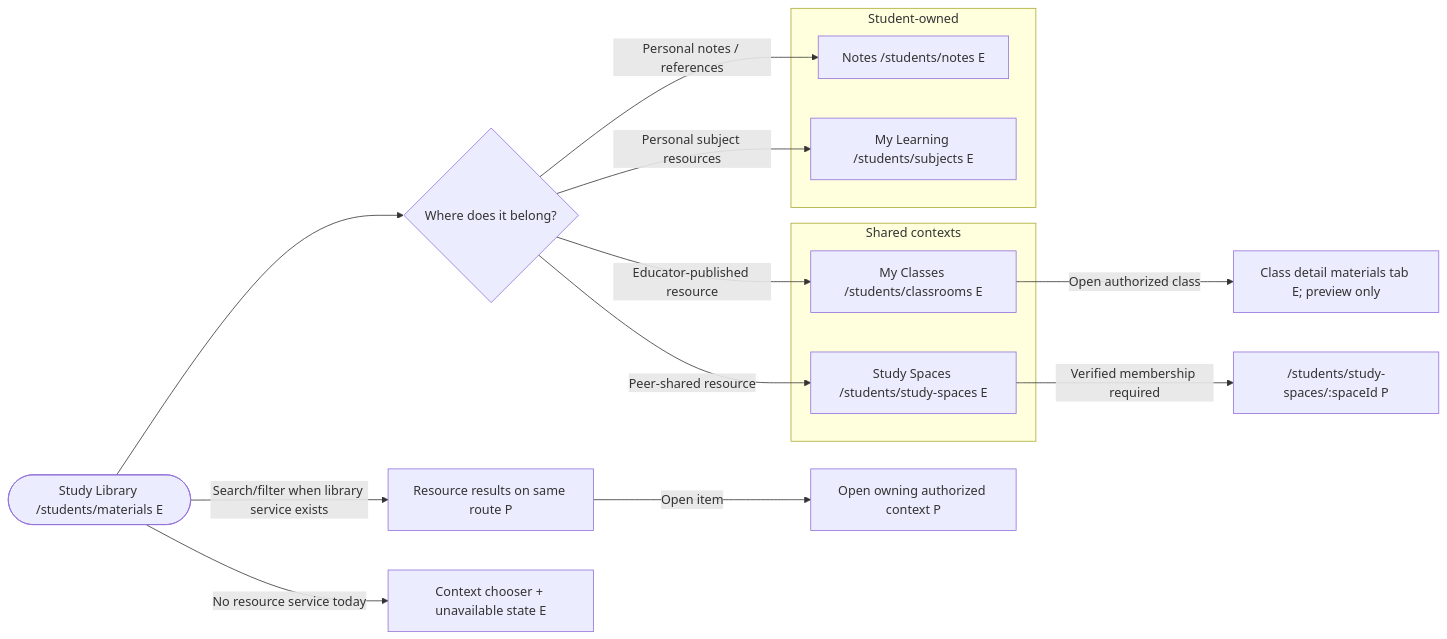
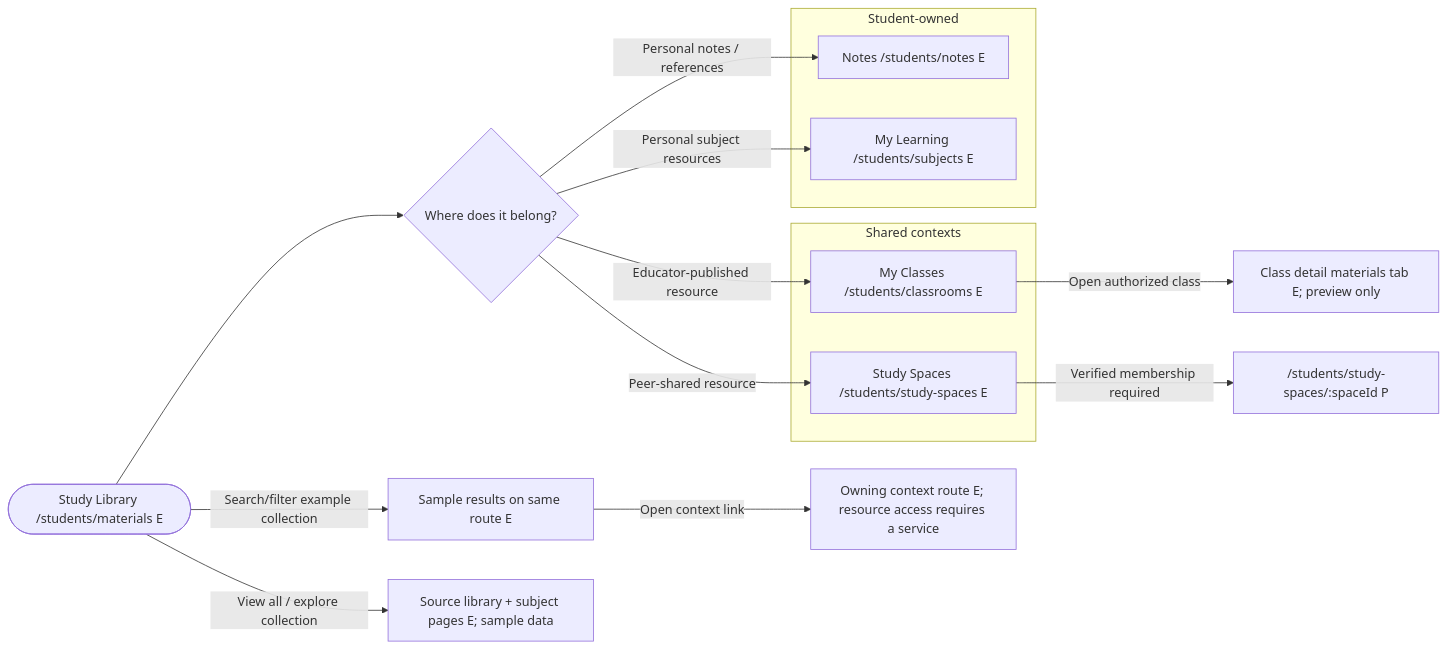
Before and after one commit to devCarlJoseph/owlio-app: the fourth of 14 diagrams in OWLIO_STUDENT__WORKFLOW_PLAN.md, drawn with Mermaid. The commit also changed other lines of this file and 6 other files, not shown here.

````diff
--- a/OWLIO_STUDENT__WORKFLOW_PLAN.md
+++ b/OWLIO_STUDENT__WORKFLOW_PLAN.md
@@ -408,21 +410,21 @@
 ```mermaid
 flowchart LR
   LIB(["Study Library /students/materials E"]) --> SRC{"Where does it belong?"}
   subgraph PERSONAL["Student-owned"]
     NOTES["Notes /students/notes E"]
     SUBJECT["My Learning /students/subjects E"]
   end
   subgraph SHARED["Shared contexts"]
     CLASS["My Classes /students/classrooms E"]
     SPACE["Study Spaces /students/study-spaces E"]
   end
   SRC -->|"Personal notes / references"| NOTES
   SRC -->|"Personal subject resources"| SUBJECT
   SRC -->|"Educator-published resource"| CLASS
   CLASS -->|"Open authorized class"| CLASS_MAT["Class detail materials tab E; preview only"]
   SRC -->|"Peer-shared resource"| SPACE
   SPACE -->|"Verified membership required"| SPACE_DETAIL["/students/study-spaces/:spaceId P"]
-  LIB -->|"Search/filter when library service exists"| RESULTS["Resource results on same route P"]
-  RESULTS -->|"Open item"| OWNER["Open owning authorized context P"]
-  LIB -->|"No resource service today"| EMPTY["Context chooser + unavailable state E"]
+  LIB -->|"Search/filter example collection"| RESULTS["Sample results on same route E"]
+  RESULTS -->|"Open context link"| OWNER["Owning context route E; resource access requires a service"]
+  LIB -->|"View all / explore collection"| SOURCE["Source library + subject pages E; sample data"]
 ```
````
